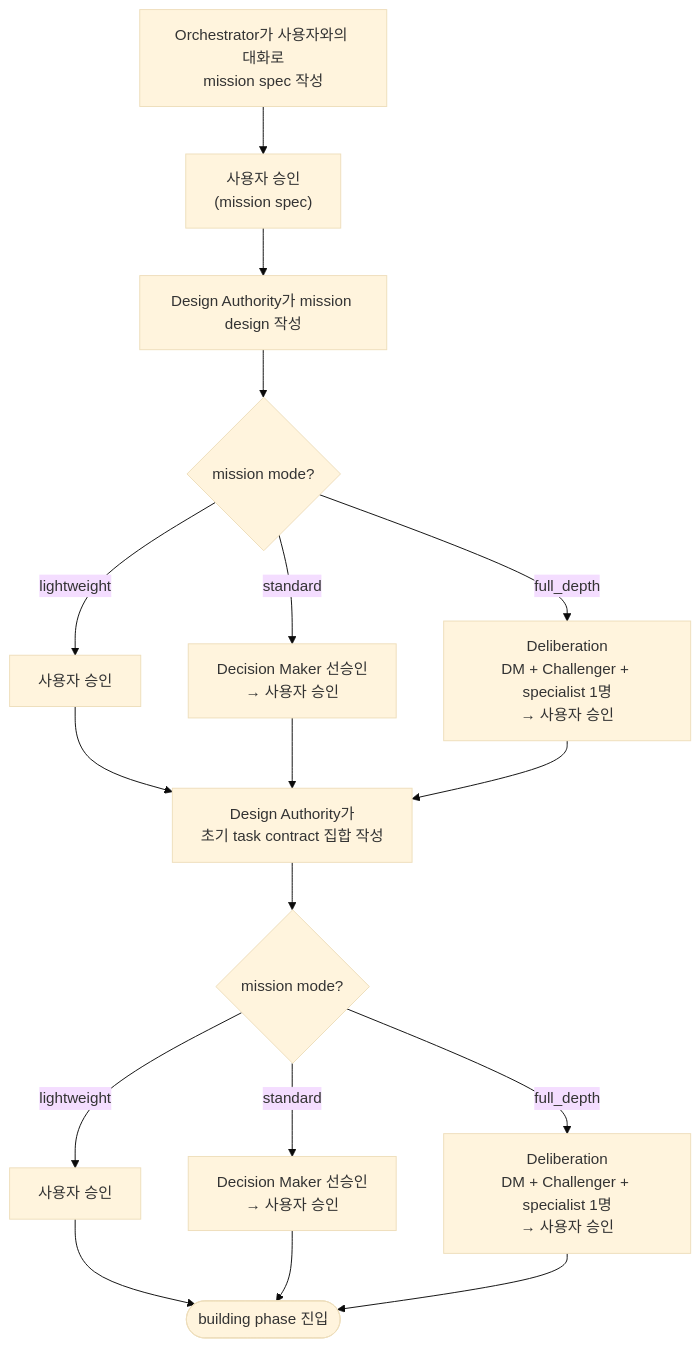
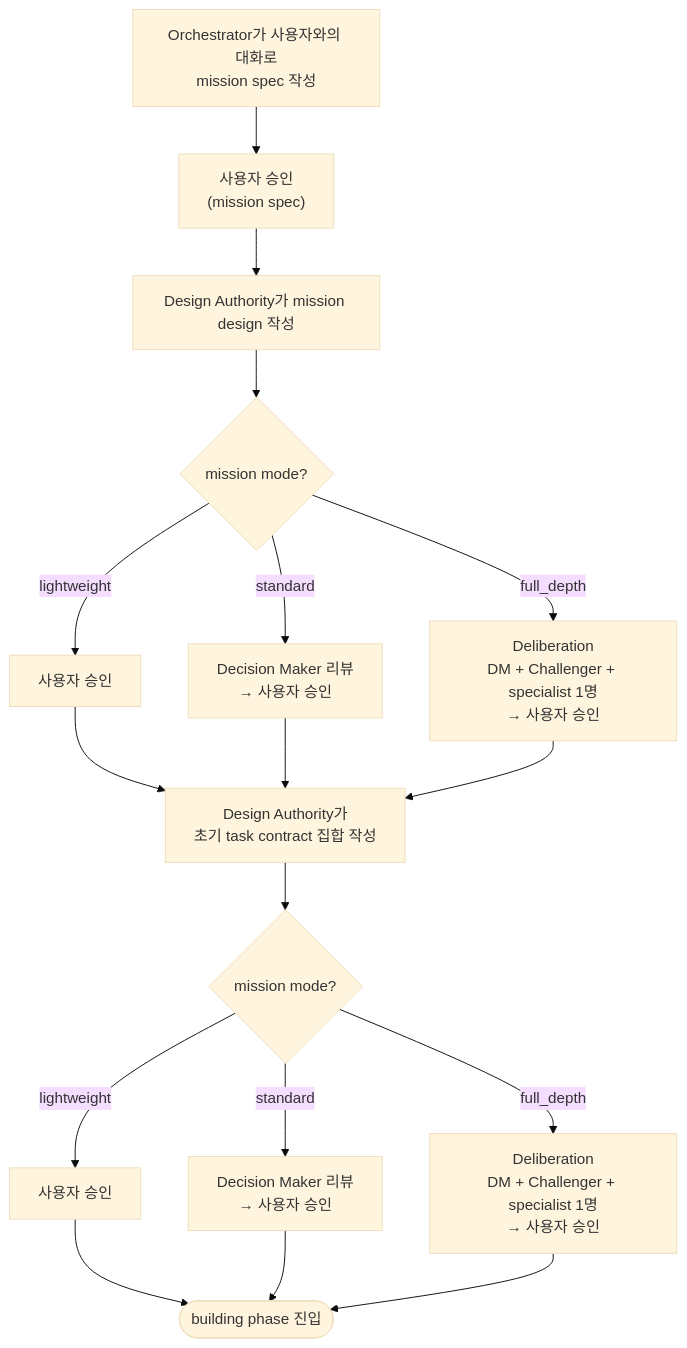
The second of 6 diagrams in docs/ko/DIAGRAMS.md (choam2426/geas), drawn with Mermaid (base theme) before and after one commit. The commit also changed other lines of this file and 3 other files, not shown here.

````diff
--- a/docs/ko/DIAGRAMS.md
+++ b/docs/ko/DIAGRAMS.md
@@ -50,31 +50,31 @@
 ```mermaid
 flowchart TD
     A["Orchestrator가 사용자와의 대화로<br/>mission spec 작성"]
     B["사용자 승인<br/>(mission spec)"]
     C["Design Authority가 mission design 작성"]
     D{mission mode?}
     D1["사용자 승인"]
-    D2["Decision Maker 선승인<br/>→ 사용자 승인"]
+    D2["Decision Maker 리뷰<br/>→ 사용자 승인"]
     D3["Deliberation<br/>DM + Challenger + specialist 1명<br/>→ 사용자 승인"]
     E["Design Authority가<br/>초기 task contract 집합 작성"]
     F{mission mode?}
     F1["사용자 승인"]
-    F2["Decision Maker 선승인<br/>→ 사용자 승인"]
+    F2["Decision Maker 리뷰<br/>→ 사용자 승인"]
     F3["Deliberation<br/>DM + Challenger + specialist 1명<br/>→ 사용자 승인"]
     G(["building phase 진입"])
 
     A --> B --> C --> D
     D -->|lightweight| D1
     D -->|standard| D2
     D -->|full_depth| D3
     D1 --> E
     D2 --> E
     D3 --> E
     E --> F
     F -->|lightweight| F1
     F -->|standard| F2
     F -->|full_depth| F3
     F1 --> G
     F2 --> G
     F3 --> G
 ```
````
